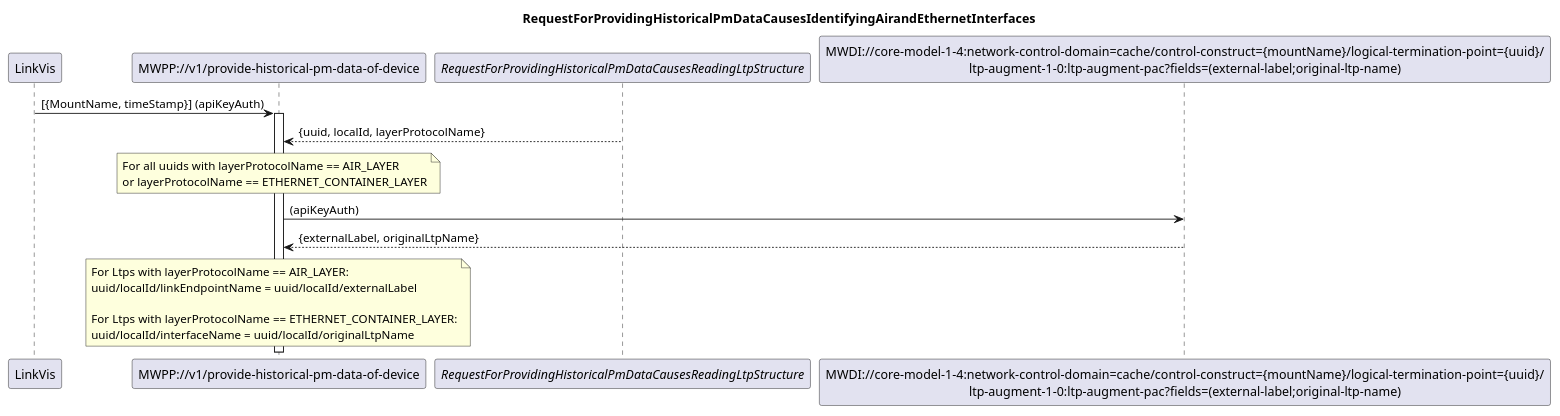
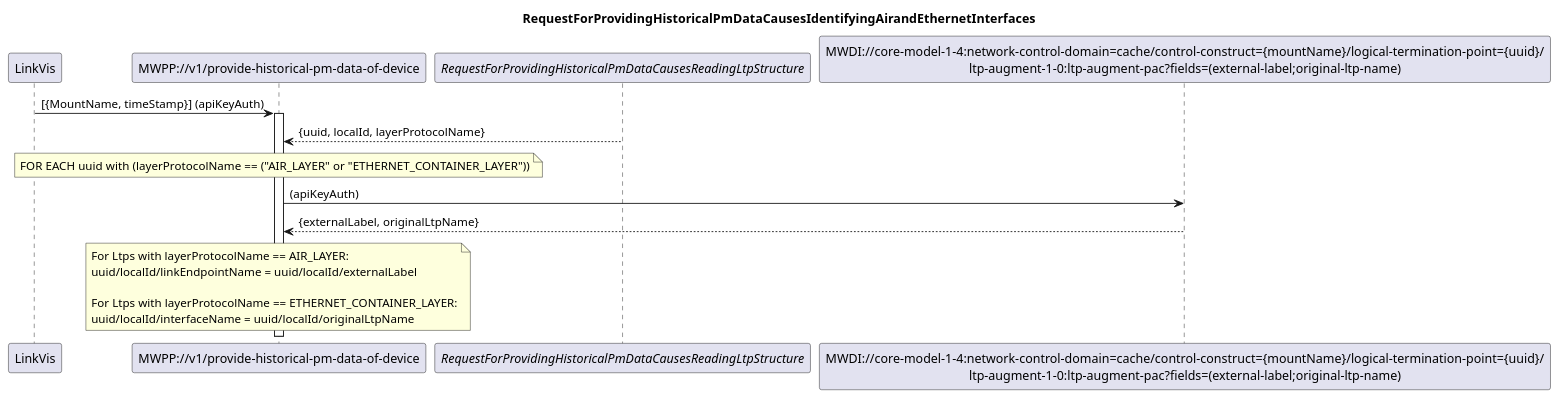
The diagram in spec/diagrams/001_IdentifyingAirAndEthernetInterfaces.plantuml (openBackhaul/MicroWavePerformanceProxy), drawn with PlantUML before and after one commit.

Commit message:
Change formulation to FOR EACH LayerProtocolName AIR - or ETHERNET_LAYER

```diff
--- a/spec/diagrams/001_IdentifyingAirAndEthernetInterfaces.plantuml
+++ b/spec/diagrams/001_IdentifyingAirAndEthernetInterfaces.plantuml
@@ -1,34 +1,33 @@
 @startuml 001_IdentifyingAirAndEthernetInterfaces
 skinparam responseMessageBelowArrow true
 
 title
 RequestForProvidingHistoricalPmDataCausesIdentifyingAirandEthernetInterfaces
 end title
 
 participant "LinkVis" as LinkVis
 participant "MWPP://v1/provide-historical-pm-data-of-device" as MWPP
 participant "<i>RequestForProvidingHistoricalPmDataCausesReadingLtpStructure</i>" as LTPs
 participant "MWDI://core-model-1-4:network-control-domain=cache/control-construct={mountName}/logical-termination-point={uuid}/\nltp-augment-1-0:ltp-augment-pac?fields=(external-label;original-ltp-name)" as LtpDesignation
 
 LinkVis -> MWPP: [{MountName, timeStamp}] (apiKeyAuth)
 activate MWPP
 
 LTPs --> MWPP: {uuid, localId, layerProtocolName}
 
 note over MWPP
-For all uuids with layerProtocolName == AIR_LAYER
-or layerProtocolName == ETHERNET_CONTAINER_LAYER
+FOR EACH uuid with (layerProtocolName == ("AIR_LAYER" or "ETHERNET_CONTAINER_LAYER"))
 end note
 
 MWPP -> LtpDesignation: (apiKeyAuth)
 LtpDesignation --> MWPP: {externalLabel, originalLtpName}
 
 note over MWPP
 For Ltps with layerProtocolName == AIR_LAYER:
 uuid/localId/linkEndpointName = uuid/localId/externalLabel
 
 For Ltps with layerProtocolName == ETHERNET_CONTAINER_LAYER:
 uuid/localId/interfaceName = uuid/localId/originalLtpName
 end note
 
 @enduml
```
